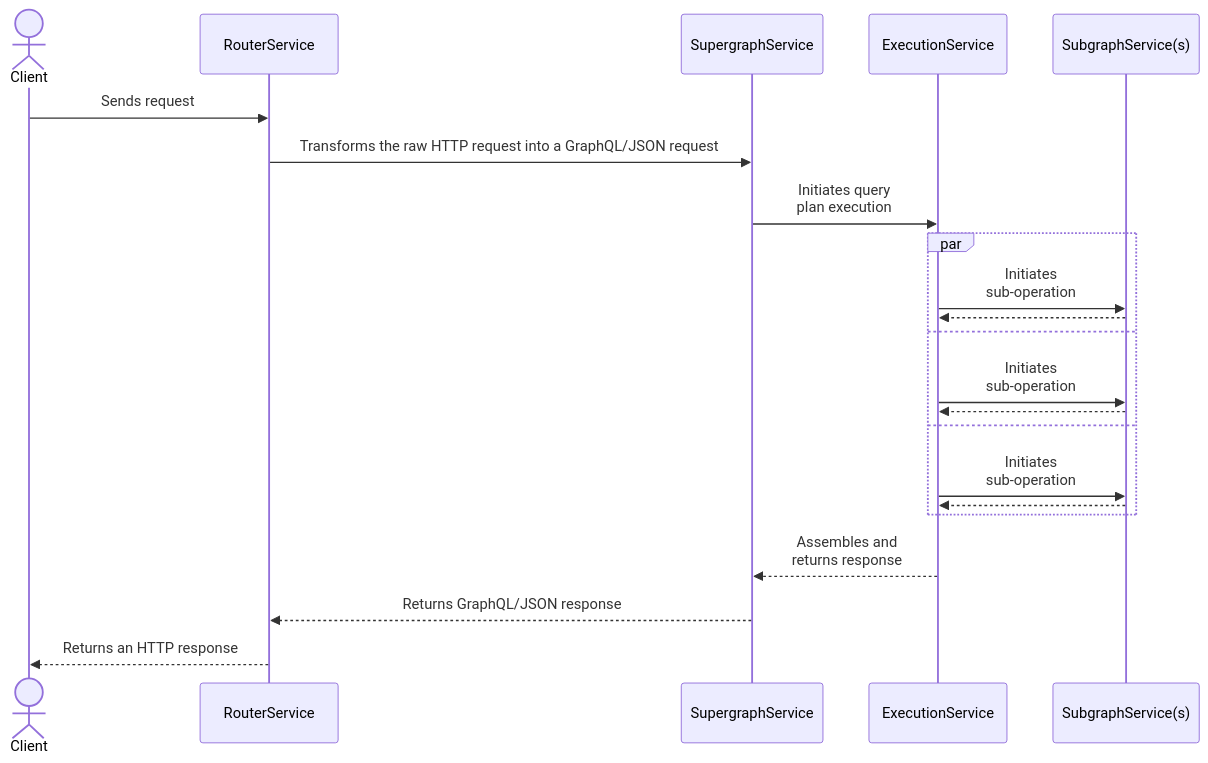
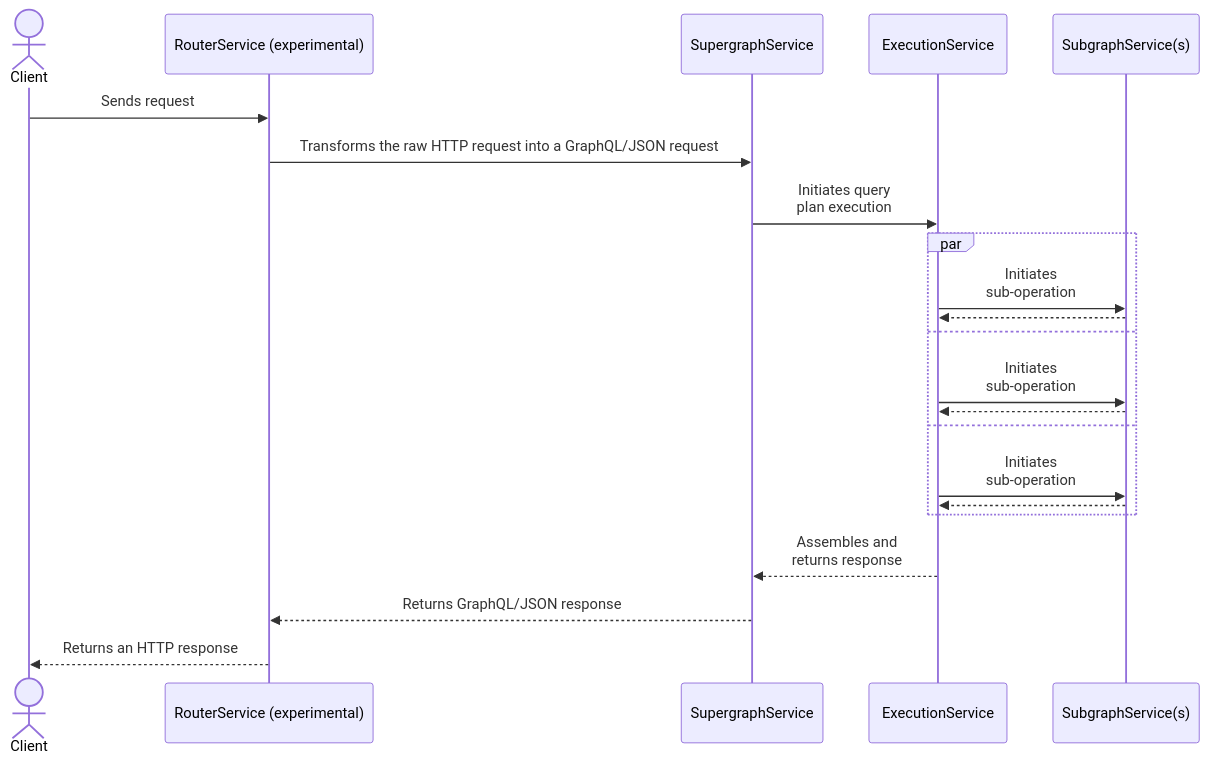
The diagram in docs/source/customizations/overview.mdx (apollographql/router), drawn with Mermaid before and after one commit.

````diff
--- a/docs/source/customizations/overview.mdx
+++ b/docs/source/customizations/overview.mdx
@@ -28,25 +28,25 @@
 ```mermaid
 sequenceDiagram
     actor Client
-    participant RouterService
+    participant RouterService (experimental)
     participant SupergraphService
     participant ExecutionService
     participant SubgraphService(s)
 
-    Client->>RouterService: Sends request
-    RouterService->>SupergraphService: Transforms the raw HTTP request into a GraphQL/JSON request
+    Client->>RouterService (experimental): Sends request
+    RouterService (experimental)->>SupergraphService: Transforms the raw HTTP request into a GraphQL/JSON request
     SupergraphService->>ExecutionService: Initiates query<br/>plan execution
     par
     ExecutionService->>SubgraphService(s): Initiates<br/>sub-operation
     SubgraphService(s)-->>ExecutionService: 
     and
     ExecutionService->>SubgraphService(s): Initiates<br/>sub-operation
     SubgraphService(s)-->>ExecutionService: 
     and
     ExecutionService->>SubgraphService(s): Initiates<br/>sub-operation
     SubgraphService(s)-->>ExecutionService: 
     end
     ExecutionService-->>SupergraphService: Assembles and<br/>returns response
-    SupergraphService-->>RouterService: Returns GraphQL/JSON response
-    RouterService-->>Client: Returns an HTTP response
+    SupergraphService-->>RouterService (experimental): Returns GraphQL/JSON response
+    RouterService (experimental)-->>Client: Returns an HTTP response
 ```
````
